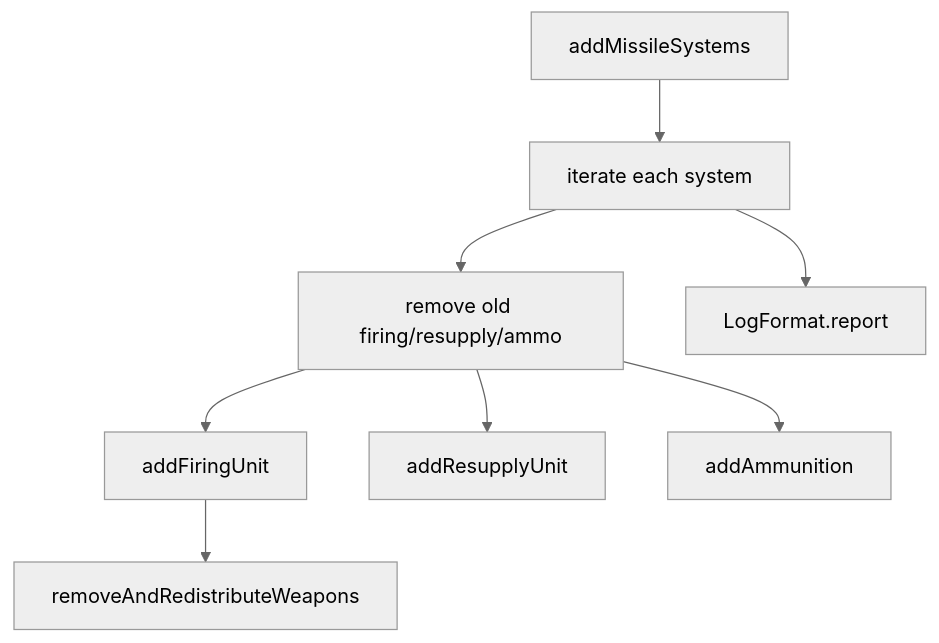
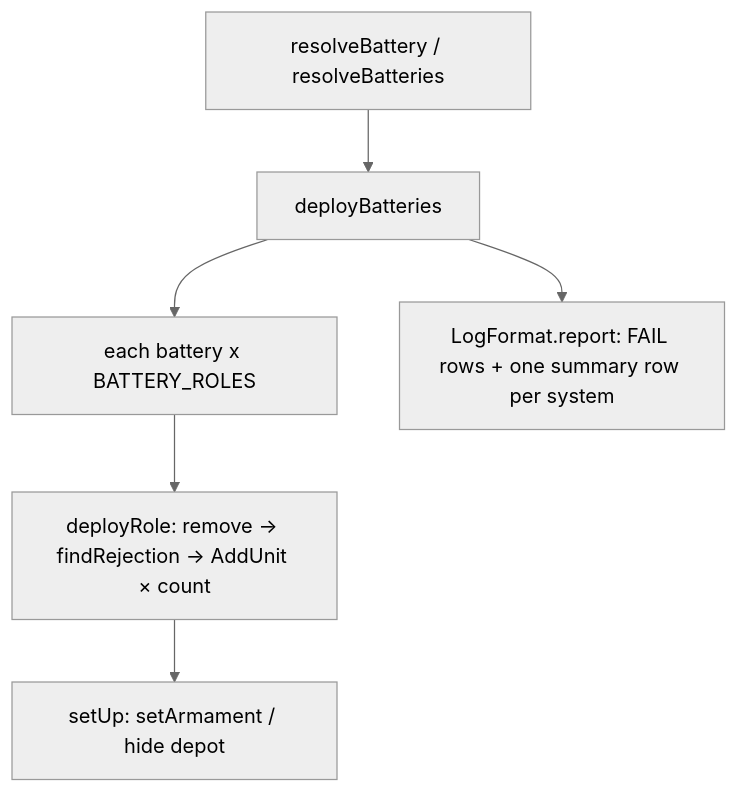
Before and after one commit to pullupjumper/formosa-in-flames: the diagram in docs/missileSystem/deployment.md, drawn with Mermaid (neutral theme). The commit also changed other lines of this file and 15 other files, not shown here.

First line of the commit message:
refactor(missileSystem): deploy by battery and keep placement in ground state only

````diff
--- a/docs/missileSystem/deployment.md
+++ b/docs/missileSystem/deployment.md
@@ -28,10 +23,8 @@
 ```mermaid
 flowchart TD
-    A[addMissileSystems] --> B[iterate each system]
-    B --> C[remove old firing/resupply/ammo]
-    C --> D[addFiringUnit]
-    C --> E[addResupplyUnit]
-    C --> F[addAmmunition]
-    D --> G[removeAndRedistributeWeapons]
-    B --> H[LogFormat.report]
+    A[resolveBattery / resolveBatteries] --> B[deployBatteries]
+    B --> C[each battery x BATTERY_ROLES]
+    C --> D[deployRole: remove → findRejection → AddUnit × count]
+    D --> E[setUp: setArmament / hide depot]
+    B --> F[LogFormat.report: FAIL rows + one summary row per system]
 ```
````
